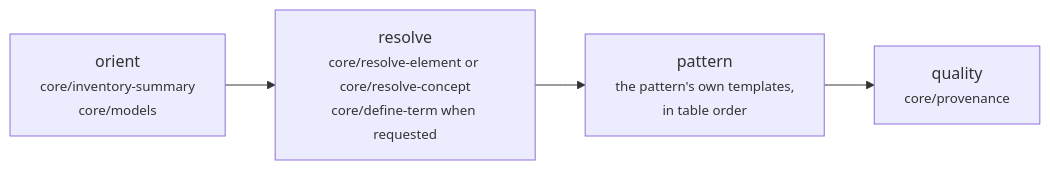
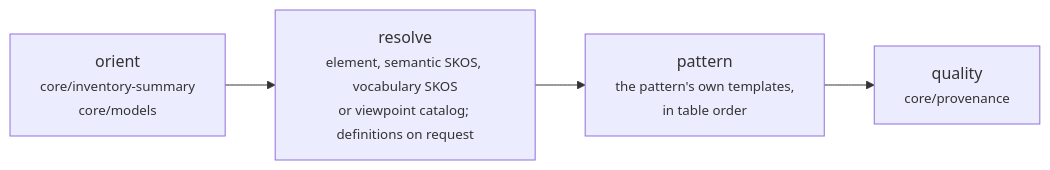
One commit to linked-archi/linked-archi-apm changed the second of 3 diagrams in docs/skills/analyse.md. Above: the diagram before and after it, drawn with Mermaid. The commit also changed other lines of this file and 43 other files, not shown here.

````diff
--- a/docs/skills/analyse.md
+++ b/docs/skills/analyse.md
@@ -70,6 +70,6 @@
 ```mermaid
 flowchart LR
-  O["orient<br/><small>core/inventory-summary<br/>core/models</small>"] --> R["resolve<br/><small>core/resolve-element or core/resolve-concept<br/>core/define-term when requested</small>"]
+  O["orient<br/><small>core/inventory-summary<br/>core/models</small>"] --> R["resolve<br/><small>element, semantic SKOS, vocabulary SKOS<br/>or viewpoint catalog; definitions on request</small>"]
   R --> P["pattern<br/><small>the pattern's own templates,<br/>in table order</small>"]
   P --> Q["quality<br/><small>core/provenance</small>"]
 ```
````
